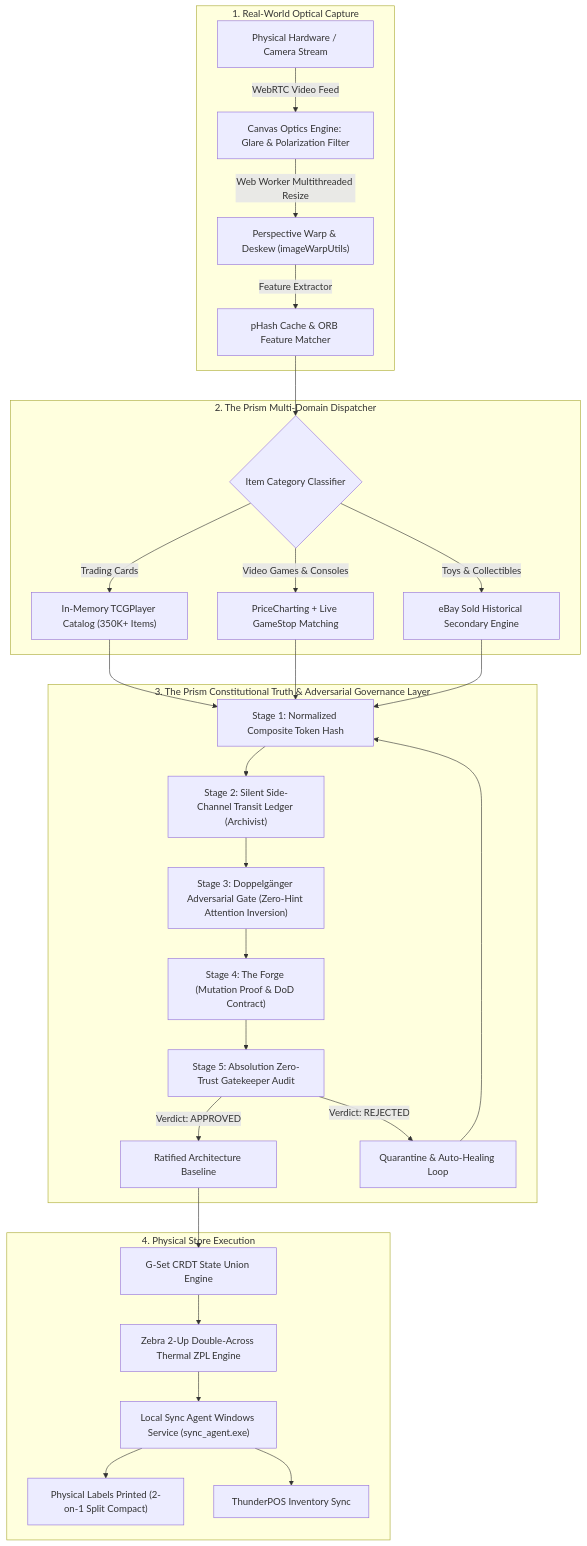
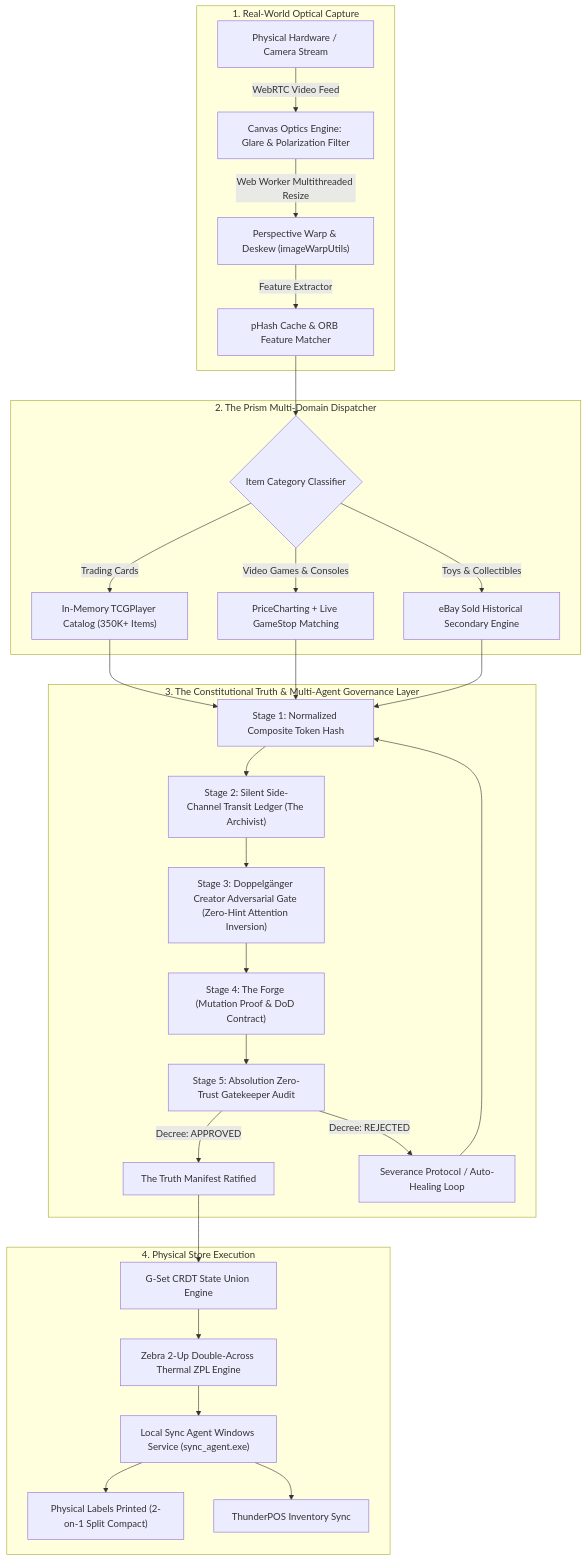
One commit to malceoir/the-prism-pipeline changed the first of 3 diagrams in README.md. Above: the diagram before and after it, drawn with Mermaid. The commit also changed other lines of this file and 6 other files, not shown here.

````diff
--- a/README.md
+++ b/README.md
@@ -78,36 +29,36 @@
 ```mermaid
 graph TD
     subgraph "1. Real-World Optical Capture"
         A["Physical Hardware / Camera Stream"] -->|"WebRTC Video Feed"| B["Canvas Optics Engine: Glare & Polarization Filter"]
         B -->|"Web Worker Multithreaded Resize"| C["Perspective Warp & Deskew (imageWarpUtils)"]
         C -->|"Feature Extractor"| D["pHash Cache & ORB Feature Matcher"]
     end
 
     subgraph "2. The Prism Multi-Domain Dispatcher"
         D --> E{"Item Category Classifier"}
         E -->|"Trading Cards"| F["In-Memory TCGPlayer Catalog (350K+ Items)"]
         E -->|"Video Games & Consoles"| G["PriceCharting + Live GameStop Matching"]
         E -->|"Toys & Collectibles"| H["eBay Sold Historical Secondary Engine"]
     end
 
-    subgraph "3. The Prism Constitutional Truth & Adversarial Governance Layer"
+    subgraph "3. The Constitutional Truth & Multi-Agent Governance Layer"
         F --> I["Stage 1: Normalized Composite Token Hash"]
         G --> I
         H --> I
-        I --> J["Stage 2: Silent Side-Channel Transit Ledger (Archivist)"]
-        J --> K["Stage 3: Doppelgänger Adversarial Gate (Zero-Hint Attention Inversion)"]
+        I --> J["Stage 2: Silent Side-Channel Transit Ledger (The Archivist)"]
+        J --> K["Stage 3: Doppelgänger Creator Adversarial Gate (Zero-Hint Attention Inversion)"]
         K --> L["Stage 4: The Forge (Mutation Proof & DoD Contract)"]
         L --> M["Stage 5: Absolution Zero-Trust Gatekeeper Audit"]
-        M -->|"Verdict: APPROVED"| N["Ratified Architecture Baseline"]
-        M -->|"Verdict: REJECTED"| O["Quarantine & Auto-Healing Loop"]
+        M -->|"Decree: APPROVED"| N["The Truth Manifest Ratified"]
+        M -->|"Decree: REJECTED"| O["Severance Protocol / Auto-Healing Loop"]
         O --> I
     end
 
     subgraph "4. Physical Store Execution"
         N --> P["G-Set CRDT State Union Engine"]
         P --> Q["Zebra 2-Up Double-Across Thermal ZPL Engine"]
         Q --> R["Local Sync Agent Windows Service (sync_agent.exe)"]
         R --> S["Physical Labels Printed (2-on-1 Split Compact)"]
         R --> T["ThunderPOS Inventory Sync"]
     end
 ```
````
